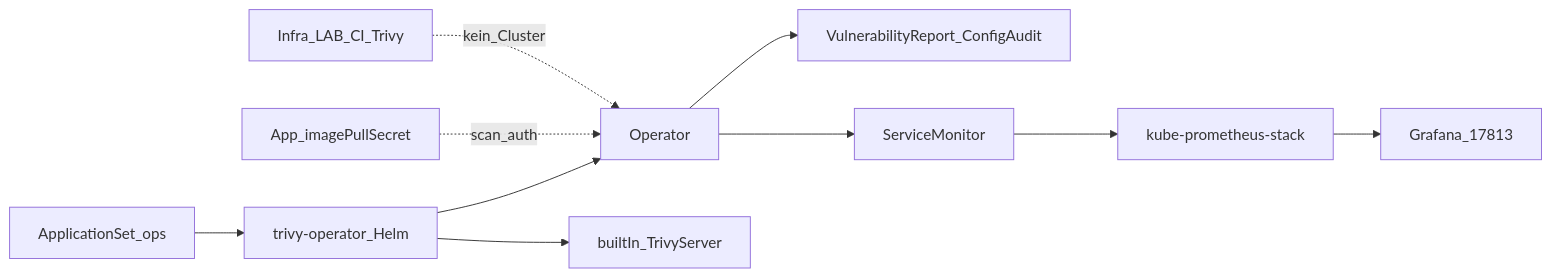
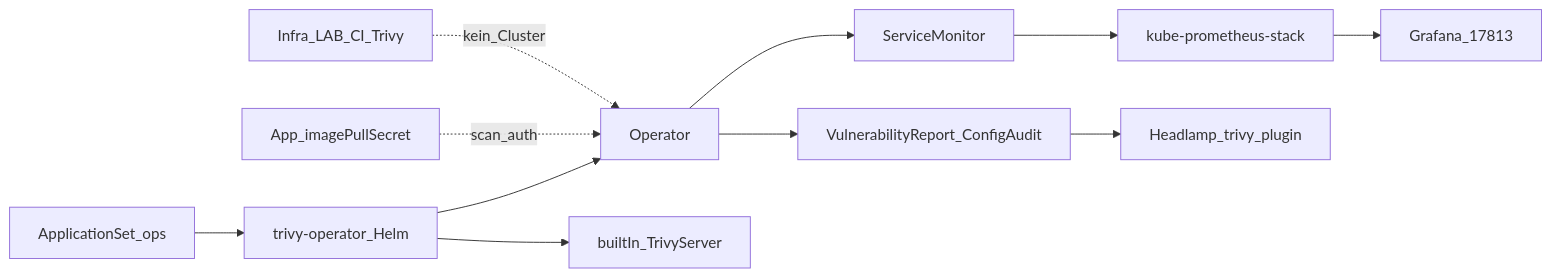
Before and after one commit to HenryHST/minilab: the diagram in docs/adr/0031-trivy-operator.md, drawn with Mermaid. The commit also changed other lines of this file and 2 other files, not shown here.

First line of the commit message:
feat(headlamp): install Trivy plugin via Plugin Manager

````diff
--- a/docs/adr/0031-trivy-operator.md
+++ b/docs/adr/0031-trivy-operator.md
@@ -26,12 +27,13 @@
 ```mermaid
 flowchart LR
   Argo[ApplicationSet_ops] --> Chart[trivy-operator_Helm]
   Chart --> Op[Operator]
   Chart --> Srv[builtIn_TrivyServer]
   Op --> CRs[VulnerabilityReport_ConfigAudit]
   Op --> SM[ServiceMonitor]
   SM --> Prom[kube-prometheus-stack]
   Prom --> Graf[Grafana_17813]
+  CRs --> HL[Headlamp_trivy_plugin]
   Workload[App_imagePullSecret] -.->|scan_auth| Op
   CI[Infra_LAB_CI_Trivy] -.->|kein_Cluster| Op
 ```
````
